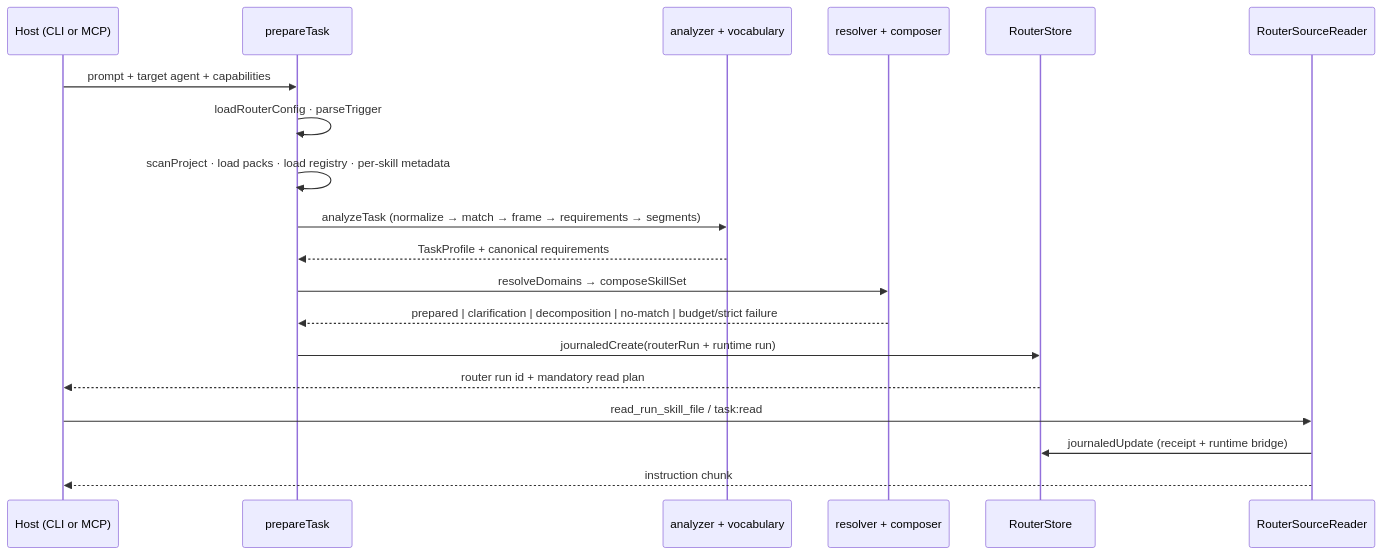
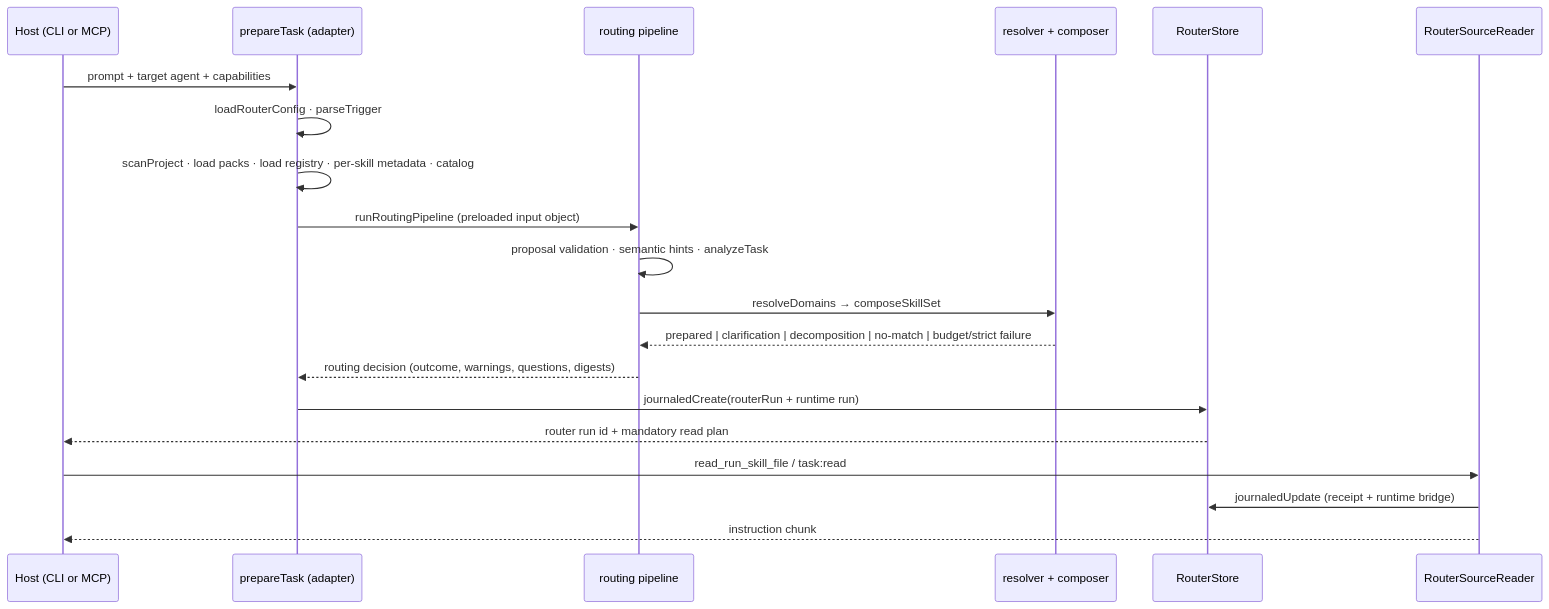
The second of 2 diagrams in docs/ARCHITECTURE.md (Narek-Khachikyan/SkillRanger), drawn with Mermaid before and after one commit. The commit also changed other lines of this file and 6 other files, not shown here.

First line of the commit message:
refactor(router): extract the routing pipeline module (#112)

````diff
--- a/docs/ARCHITECTURE.md
+++ b/docs/ARCHITECTURE.md
@@ -260,22 +267,23 @@
 ```mermaid
 sequenceDiagram
   participant H as Host (CLI or MCP)
-  participant P as prepareTask
-  participant A as analyzer + vocabulary
+  participant P as prepareTask (adapter)
+  participant R as routing pipeline
   participant C as resolver + composer
   participant S as RouterStore
-  participant R as RouterSourceReader
+  participant RR as RouterSourceReader
 
   H->>P: prompt + target agent + capabilities
   P->>P: loadRouterConfig · parseTrigger
-  P->>P: scanProject · load packs · load registry · per-skill metadata
-  P->>A: analyzeTask (normalize → match → frame → requirements → segments)
-  A-->>P: TaskProfile + canonical requirements
-  P->>C: resolveDomains → composeSkillSet
-  C-->>P: prepared | clarification | decomposition | no-match | budget/strict failure
+  P->>P: scanProject · load packs · load registry · per-skill metadata · catalog
+  P->>R: runRoutingPipeline (preloaded input object)
+  R->>R: proposal validation · semantic hints · analyzeTask
+  R->>C: resolveDomains → composeSkillSet
+  C-->>R: prepared | clarification | decomposition | no-match | budget/strict failure
+  R-->>P: routing decision (outcome, warnings, questions, digests)
   P->>S: journaledCreate(routerRun + runtime run)
   S-->>H: router run id + mandatory read plan
-  H->>R: read_run_skill_file / task:read
-  R->>S: journaledUpdate (receipt + runtime bridge)
-  R-->>H: instruction chunk
+  H->>RR: read_run_skill_file / task:read
+  RR->>S: journaledUpdate (receipt + runtime bridge)
+  RR-->>H: instruction chunk
 ```
````
